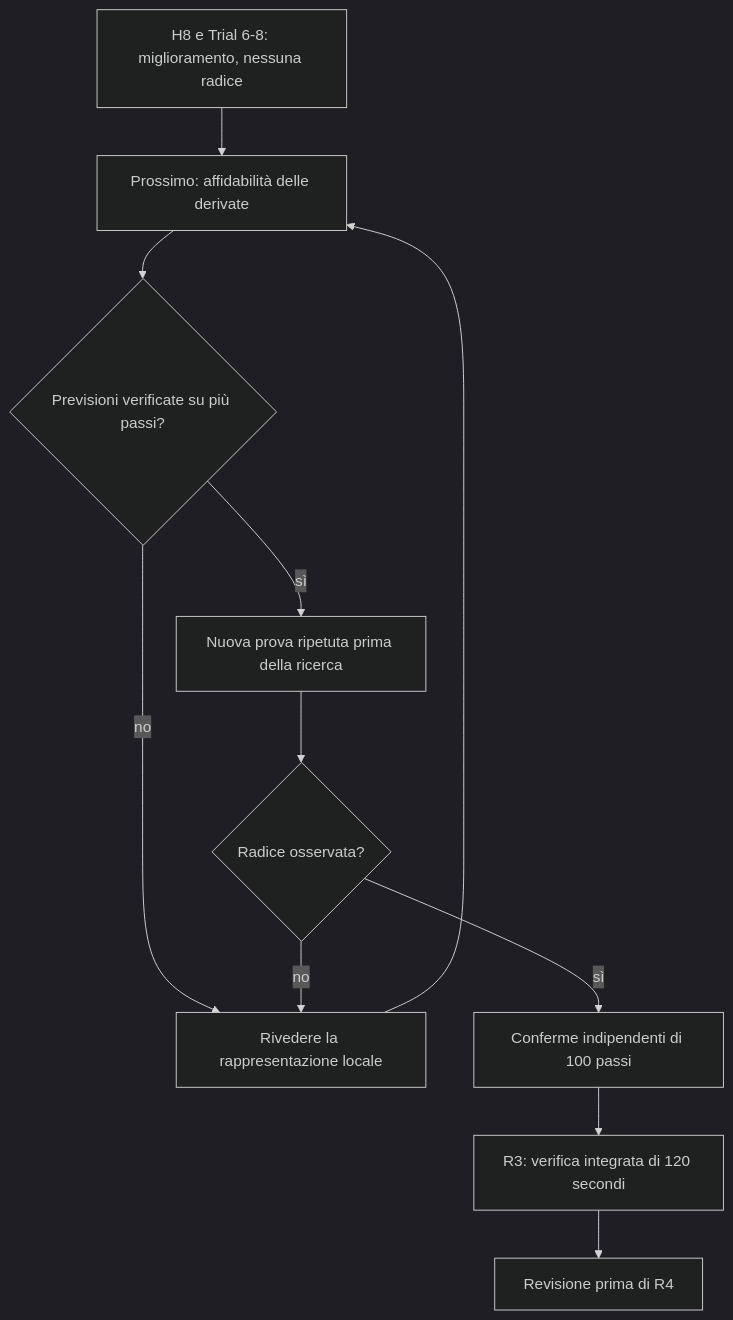
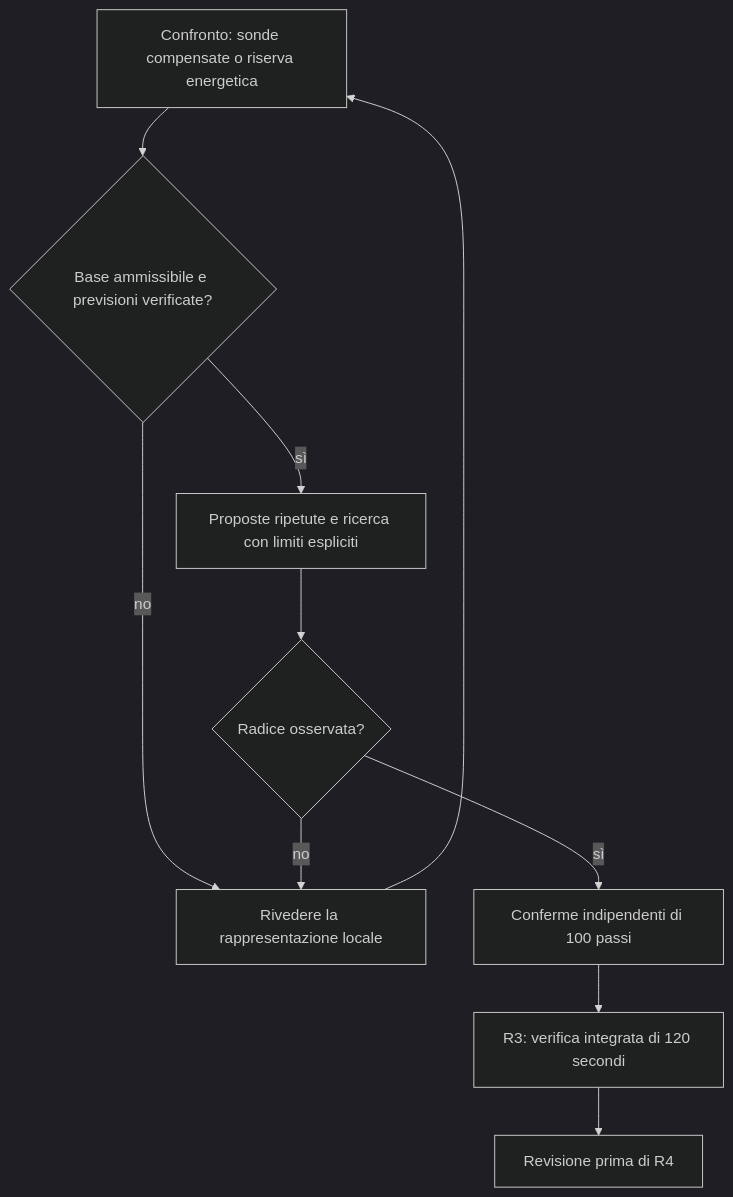
The first of 2 diagrams in docs/ROADMAP.md (archistico/NuclearReactorSimulator), drawn with Mermaid (dark theme) before and after one commit. The commit also changed other lines of this file and 48 other files, not shown here.

````diff
--- a/docs/ROADMAP.md
+++ b/docs/ROADMAP.md
@@ -57,13 +47,12 @@
 ```mermaid
 flowchart TD
-    A["H8 e Trial 6-8: miglioramento, nessuna radice"] --> B["Prossimo: affidabilità delle derivate"]
-    B --> C{"Previsioni verificate su più passi?"}
-    C -->|"no"| R["Rivedere la rappresentazione locale"]
-    R --> B
-    C -->|"sì"| D["Nuova prova ripetuta prima della ricerca"]
-    D --> E{"Radice osservata?"}
-    E -->|"no"| R
-    E -->|"sì"| F["Conferme indipendenti di 100 passi"]
-    F --> G["R3: verifica integrata di 120 secondi"]
-    G --> H["Revisione prima di R4"]
+    A["Confronto: sonde compensate o riserva energetica"] --> B{"Base ammissibile e previsioni verificate?"}
+    B -->|"no"| R["Rivedere la rappresentazione locale"]
+    R --> A
+    B -->|"sì"| C["Proposte ripetute e ricerca con limiti espliciti"]
+    C --> D{"Radice osservata?"}
+    D -->|"no"| R
+    D -->|"sì"| E["Conferme indipendenti di 100 passi"]
+    E --> F["R3: verifica integrata di 120 secondi"]
+    F --> G["Revisione prima di R4"]
 ```
````
